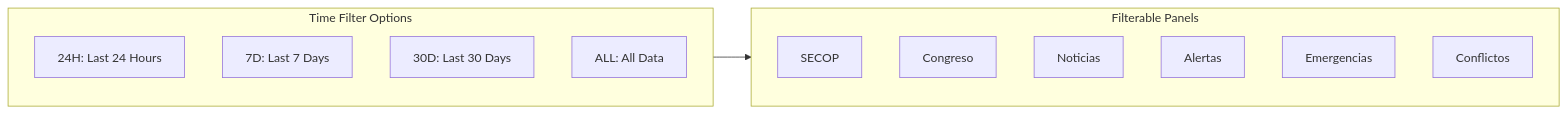
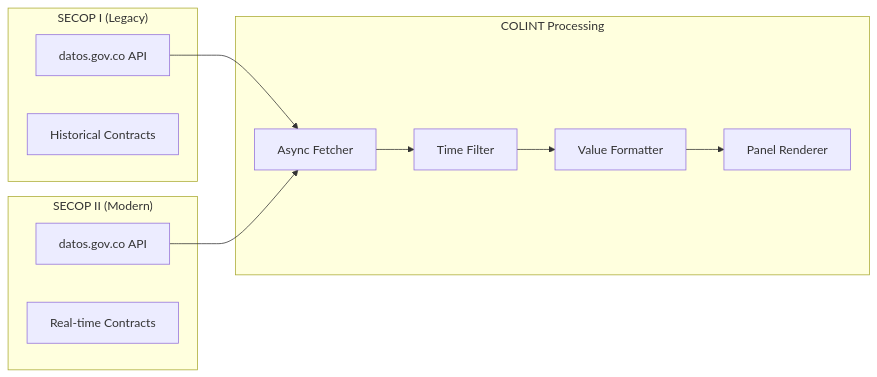
Before and after one commit to DOMINUSBABEL/colombia-live-monitor: diagram 13 of 15 in README.md, drawn with Mermaid. The commit also changed other lines of this file, not shown here.

Commit message:
docs: Expand README 400%+ with Political Intel docs, algorithms, Mermaid diagrams, and v6.0 features

````diff
--- a/README.md
+++ b/README.md
@@ -504,20 +948,25 @@
 ```mermaid
-flowchart LR
-    subgraph Filters["Time Filter Options"]
-        F24[24H: Last 24 Hours]
-        F7D[7D: Last 7 Days]
-        F30[30D: Last 30 Days]
-        FALL[ALL: All Data]
+graph LR
+    subgraph "SECOP I (Legacy)"
+        S1API[datos.gov.co API]
+        S1Data[Historical Contracts]
     end
     
-    subgraph Panels["Filterable Panels"]
-        P1[SECOP]
-        P2[Congreso]
-        P3[Noticias]
-        P4[Alertas]
-        P5[Emergencias]
-        P6[Conflictos]
+    subgraph "SECOP II (Modern)"
+        S2API[datos.gov.co API]
+        S2Data[Real-time Contracts]
     end
     
-    Filters --> Panels
+    subgraph "COLINT Processing"
+        Fetch[Async Fetcher]
+        Filter[Time Filter]
+        Format[Value Formatter]
+        Render[Panel Renderer]
+    end
+    
+    S1API --> Fetch
+    S2API --> Fetch
+    Fetch --> Filter
+    Filter --> Format
+    Format --> Render
 ```
````
